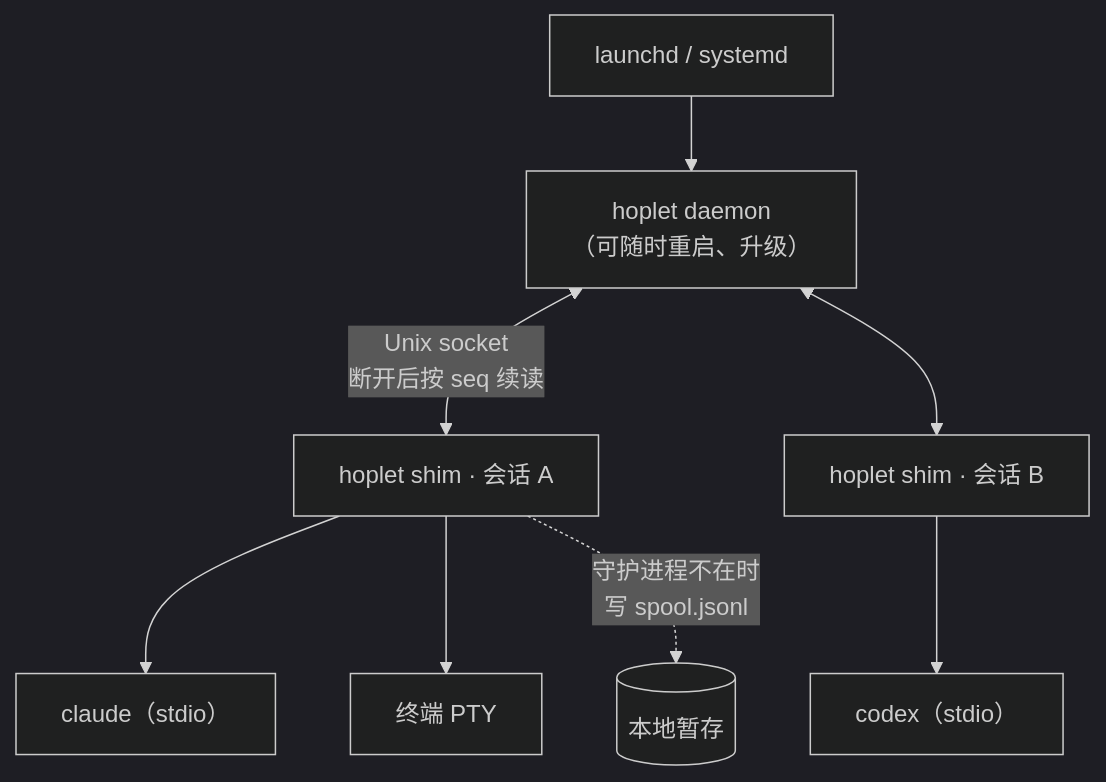
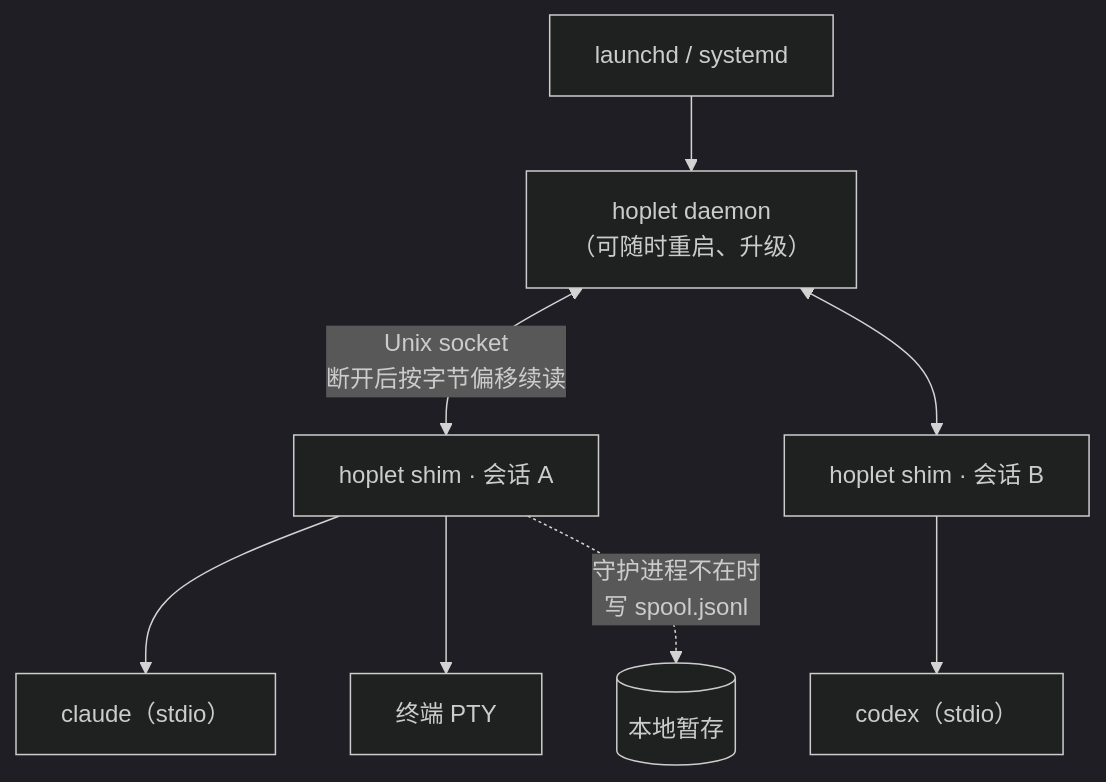
One commit to yangflow/hoplet changed the first of 2 diagrams in docs/design/0002-process-model.md. Above: the diagram before and after it, drawn with Mermaid (dark theme). The commit also changed 21 other files, not shown here.

````diff
--- a/docs/design/0002-process-model.md
+++ b/docs/design/0002-process-model.md
@@ -20,10 +20,10 @@
 ```mermaid
 flowchart TB
     LD["launchd / systemd"] --> D["hoplet daemon<br/>（可随时重启、升级）"]
-    D <-- "Unix socket<br/>断开后按 seq 续读" --> S1["hoplet shim · 会话 A"]
+    D <-- "Unix socket<br/>断开后按字节偏移续读" --> S1["hoplet shim · 会话 A"]
     D <--> S2["hoplet shim · 会话 B"]
     S1 --> C1["claude（stdio）"]
     S1 --> T1["终端 PTY"]
     S2 --> C2["codex（stdio）"]
     S1 -. "守护进程不在时<br/>写 spool.jsonl" .-> F[("本地暂存")]
 ```
````
